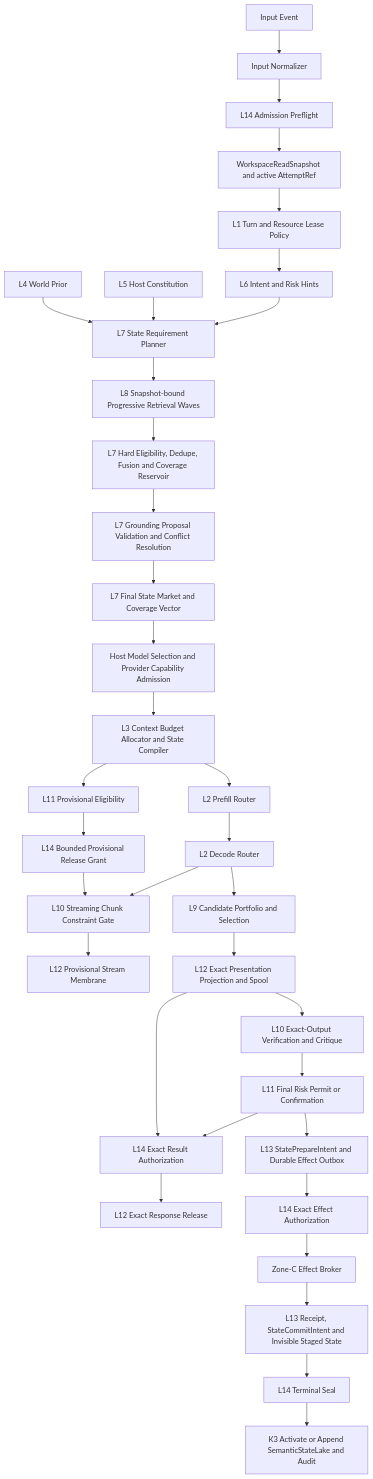
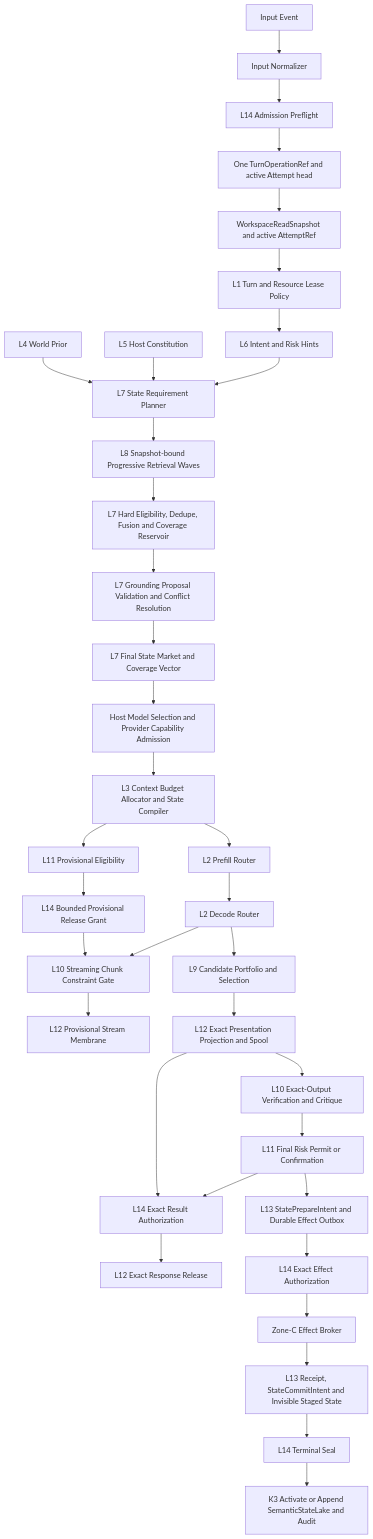
One commit to ChangGeng01/ProjectSix changed the diagram in docs/superpowers/specs/2026-07-14-iphone-air-future-apple-silicon-architecture-design.md. Above: the diagram before and after it, drawn with Mermaid. The commit also changed other lines of this file and 19 other files, not shown here.

Commit message:
docs: establish qinao architecture baseline

````diff
--- a/docs/superpowers/specs/2026-07-14-iphone-air-future-apple-silicon-architecture-design.md
+++ b/docs/superpowers/specs/2026-07-14-iphone-air-future-apple-silicon-architecture-design.md
@@ -793,37 +840,38 @@
 ```mermaid
 flowchart TD
     A[Input Event] --> B[Input Normalizer]
     B --> C[L14 Admission Preflight]
-    C --> WS[WorkspaceReadSnapshot and active AttemptRef]
+    C --> TO[One TurnOperationRef and active Attempt head]
+    TO --> WS[WorkspaceReadSnapshot and active AttemptRef]
     WS --> D[L1 Turn and Resource Lease Policy]
     D --> E[L6 Intent and Risk Hints]
     W[L4 World Prior] --> F[L7 State Requirement Planner]
     H[L5 Host Constitution] --> F
     E --> F
     F --> G[L8 Snapshot-bound Progressive Retrieval Waves]
     G --> I[L7 Hard Eligibility, Dedupe, Fusion and Coverage Reservoir]
     I --> GR[L7 Grounding Proposal Validation and Conflict Resolution]
     GR --> SM[L7 Final State Market and Coverage Vector]
     SM --> MS[Host Model Selection and Provider Capability Admission]
     MS --> J[L3 Context Budget Allocator and State Compiler]
     J --> PE[L11 Provisional Eligibility]
     PE --> PG[L14 Bounded Provisional Release Grant]
     J --> K[L2 Prefill Router]
     K --> L[L2 Decode Router]
     PG --> SV[L10 Streaming Chunk Constraint Gate]
     L --> SV
     SV --> PS[L12 Provisional Stream Membrane]
     L --> M[L9 Candidate Portfolio and Selection]
     M --> P[L12 Exact Presentation Projection and Spool]
     P --> N[L10 Exact-Output Verification and Critique]
     N --> O[L11 Final Risk Permit or Confirmation]
     P --> RA[L14 Exact Result Authorization]
     O --> RA
     RA --> RR[L12 Exact Response Release]
     O --> Q[L13 StatePrepareIntent and Durable Effect Outbox]
     Q --> R[L14 Exact Effect Authorization]
     R --> S[Zone-C Effect Broker]
     S --> T[L13 Receipt, StateCommitIntent and Invisible Staged State]
     T --> U[L14 Terminal Seal]
     U --> V[K3 Activate or Append SemanticStateLake and Audit]
 ```
````
